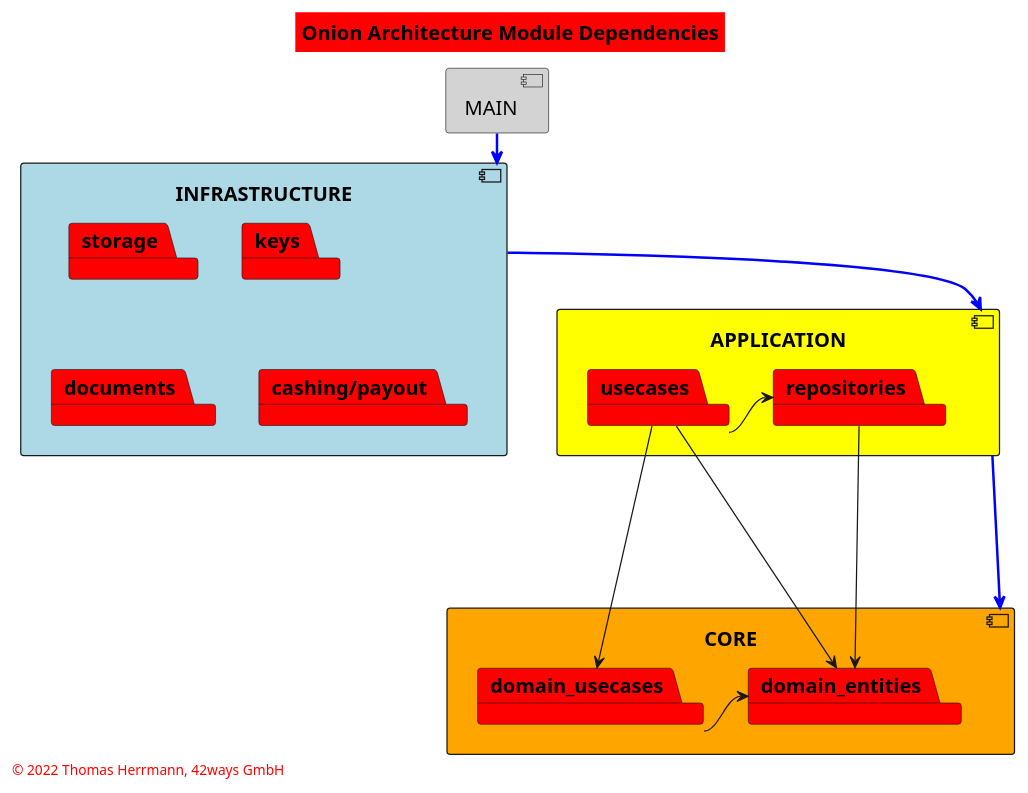
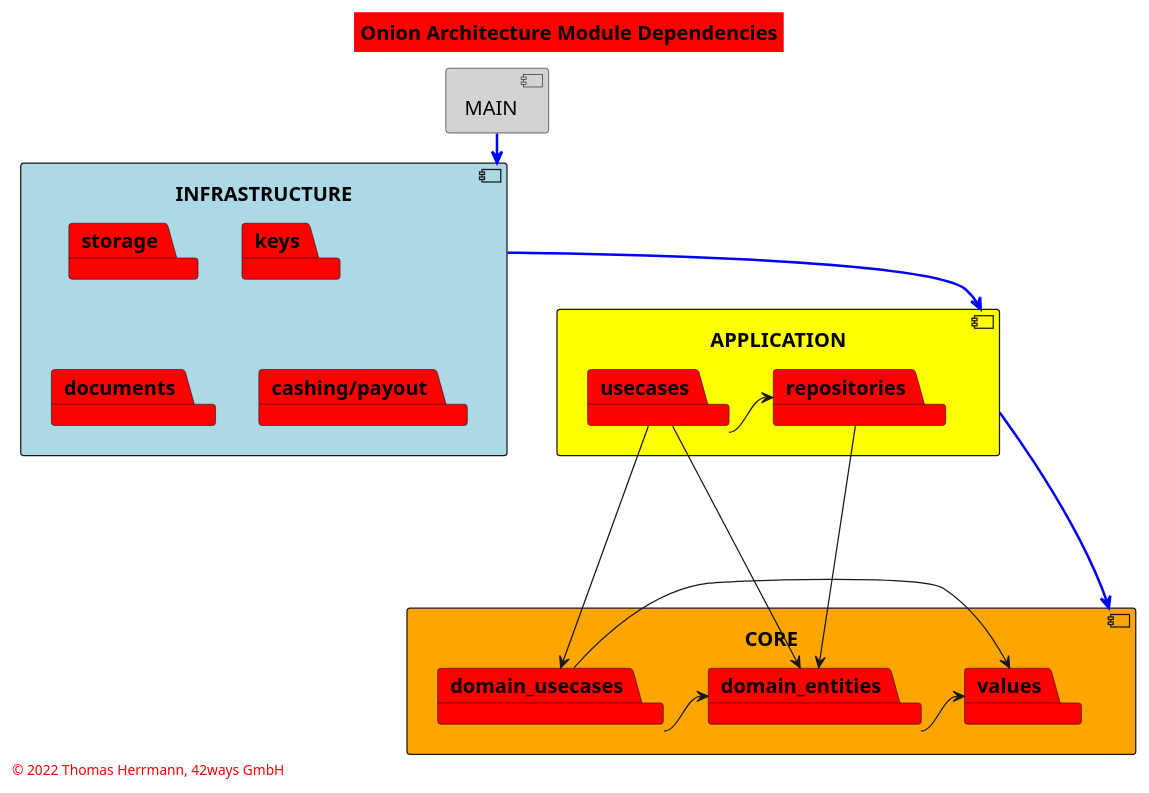
Before and after one commit to 42ways/onion-architecture-blueprint: the diagram in modules+packages.puml, drawn with PlantUML. The commit also changed 1 other file, not shown here.

Commit message:
add values package

```diff
--- a/modules+packages.puml
+++ b/modules+packages.puml
@@ -1,63 +1,66 @@
 @startuml
 
 <style>
 title {
   FontSize 16
   FontColor Black
   BackgroundColor Red
 }
 footer {
   HorizontalAlignment left
   FontSize 11
   FontColor red
 }
 </style>
 
 ' skinparam linetype ortho
 ' skinparam titleBorderRoundCorner 15
 ' skinparam titleBorderThickness 2
 ' skinparam titleBorderColor red
 ' skinparam titleBackgroundColor Red
 
 
 title Onion Architecture Module Dependencies
 
 component CORE #orange {
 package domain_usecases
 package domain_entities
+package values
 domain_usecases -> domain_entities
+domain_usecases -> values
+domain_entities -> values
 }
 
 component APPLICATION #yellow {
 package usecases
 package repositories
 usecases -> repositories
 }
 
 repositories -> domain_entities
 usecases --> domain_usecases
 usecases -> domain_entities
 
 component INFRASTRUCTURE #lightblue {
 package storage
 package keys
 package documents
 package "cashing/payout"
 }
 
 component MAIN #lightgray
 
   MAIN -[#blue,bold]-> INFRASTRUCTURE
 ' MAIN -[#blue,bold]-> APPLICATION
 ' MAIN -[#blue,bold]-> CORE
 
   INFRASTRUCTURE -[#blue,bold]-> APPLICATION
 ' INFRASTRUCTURE -[#blue,bold]-> CORE
 
   APPLICATION --[#blue,bold]--> CORE
 
 footer
 © 2022 Thomas Herrmann, 42ways GmbH
 endfooter
 
 @enduml
```
